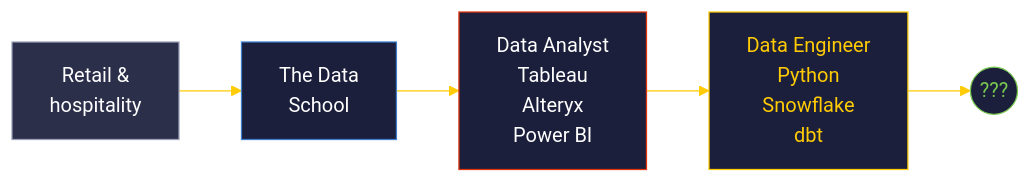
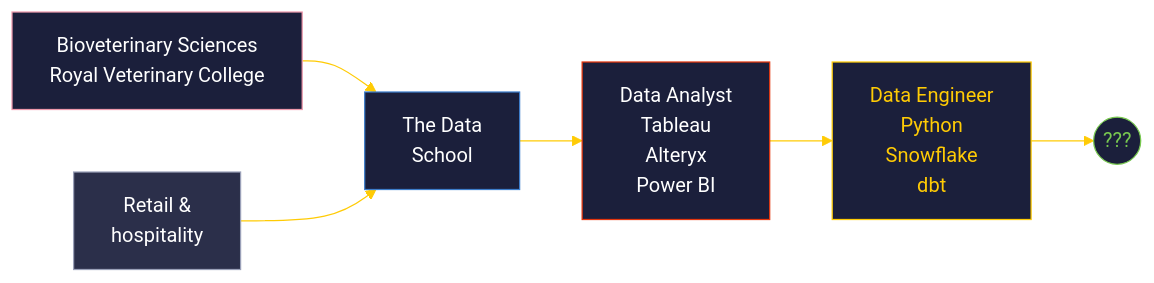
Before and after one commit to kjucaitis/kjucaitis: the diagram in README.md, drawn with Mermaid. The commit also changed other lines of this file, not shown here.

Commit message:
Revise README with flowchart updates and badges

````diff
--- a/README.md
+++ b/README.md
@@ -53,18 +53,21 @@
 ```mermaid
 %%{init: {'theme':'base','themeVariables':{'lineColor':'#FFCB05','fontFamily':'monospace'}}}%%
 flowchart LR
-    A[Retail &<br/>hospitality] --> B[The Data<br/>School]
+    V[Bioveterinary Sciences<br/>Royal Veterinary College] --> B[The Data<br/>School]
+    A[Retail &<br/>hospitality] --> B
     B --> C[Data Analyst<br/>Tableau<br/>Alteryx<br/>Power BI]
     C --> D[Data Engineer<br/>Python<br/>Snowflake<br/>dbt]
     D --> E((???))
     classDef grey fill:#2B2F4A,stroke:#9AA0B8,color:#FFFFFF
     classDef blue fill:#1B1F3B,stroke:#3D7DCA,color:#FFFFFF
     classDef yellow fill:#1B1F3B,stroke:#FFCB05,color:#FFCB05
     classDef red fill:#1B1F3B,stroke:#E3350D,color:#FFFFFF
     classDef green fill:#1B1F3B,stroke:#78C850,color:#78C850
+    classDef pink fill:#1B1F3B,stroke:#EE99AC,color:#FFFFFF
+    class V pink
     class A grey
     class B blue
     class C red
     class D yellow
     class E green
 ```
````
